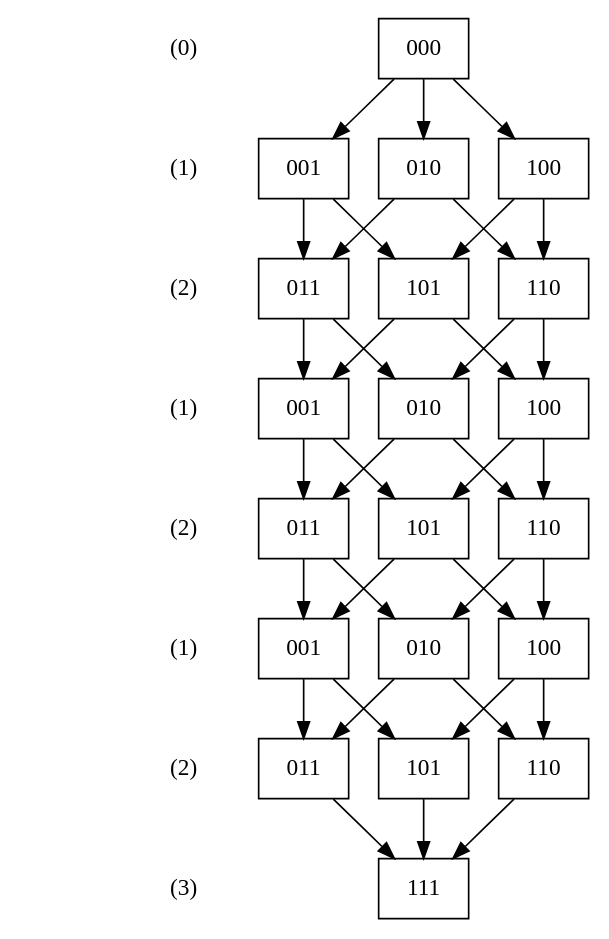
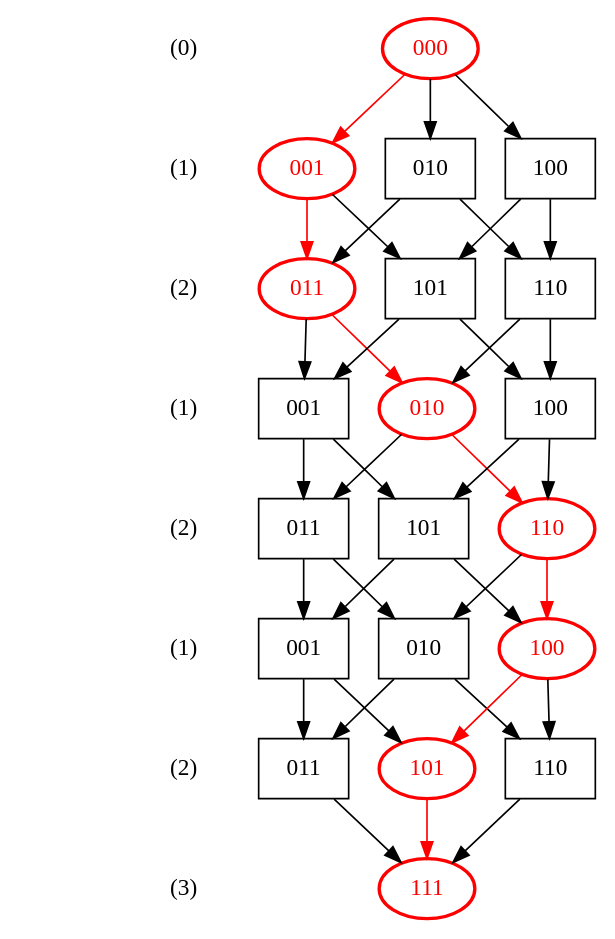
Before and after one commit to jloughry/subset: the diagram in optimal_3.dot, drawn with Graphviz. The commit also changed 8 other files, not shown here.

```diff
--- a/optimal_3.dot
+++ b/optimal_3.dot
@@ -1,118 +1,109 @@
 /*
     dot -T pdf optimal_3.dot -o optimal_3.pdf
 */
 
 digraph optimal_3 {
 
 	node [shape=plaintext]
 
 	/* ranks */
 
 	"rank0" [label="0"]
 	"rank1" [label="1"]
 	"rank2" [label="2"]
 	"rank3" [label="3"]
 	"rank4" [label="4"]
 	"rank5" [label="5"]
 	"rank6" [label="6"]
 	"rank7" [label="7"]
 
 	"size0" [label="(0)"]
 	"size1" [label="(1)"]
 	"size2" [label="(2)"]
 	"size3" [label="(1)"]
 	"size4" [label="(2)"]
 	"size5" [label="(1)"]
 	"size6" [label="(2)"]
 	"size7" [label="(3)"]
 
 	edge [style=invis]
 
 	"size0" -> "size1" -> "size2" -> "size3" -> "size4"
 		-> "size5" -> "size6" -> "size7"
 
 	edge [style=solid]
 	node [shape=box]
 
 	{rank=same; "rank0" [style=invis];
-		000
+		000 [shape=ellipse,color=red,style=bold,fontcolor=red]
 	}
 
 	{rank=same; "rank1" [style=invis];
-		001
+		001 [shape=ellipse,color=red,style=bold,fontcolor=red]
 		010
 		100
 	}
 
-	000->001; 000->010; 000->100;
+	000->001 [color=red]; 000->010; 000->100;
 
 	{rank=same; "rank2" [style=invis];
-		011
+		011 [shape=ellipse,color=red,style=bold,fontcolor=red]
 		101
 		011
 		110
 		101
 		110
 	}
 
-	001->011; 001->101;
+	001->011 [color=red]; 001->101;
 	010->011; 010->110;
 	100->101; 100->110;
 
 	{rank=same; "rank3" [style=invis];
 		"001a" [label="001"];
-		"010a" [label="010"];
+		"010a" [label="010",shape=ellipse,color=red,style=bold,fontcolor=red];
 		"100a" [label="100"]
 	}
 
-	011->"001a"; 011->"010a";
+	011->"001a"; 011->"010a" [color=red];
 	110->"010a"; 110->"100a";
 	101->"100a"; 101->"001a";
 
 	{rank=same; "rank4" [style=invis];
 		"101b" [label="101"];
 		"011b" [label="011"];
-		"110b" [label="110"];
-		"011b" [label="011"];
-		"110b" [label="110"];
-		"101b" [label="101"];
+		"110b" [label="110",shape=ellipse,color=red,style=bold,fontcolor=red];
 	}
 
 	"001a"->"101b"; "001a"->"011b";
-	"010a"->"110b"; "010a"->"011b";
+	"010a"->"110b" [color=red]; "010a"->"011b";
 	"100a"->"101b"; "100a"->"110b";
 
 	{rank=same; "rank5" [style=invis]
 		"001c" [label="001"];
 		"010c" [label="010"];
-		"001c" [label="001"];
-		"100c" [label="100"];
-		"010c" [label="010"];
-		"100c" [label="100"];
+		"100c" [label="100",shape=ellipse,color=red,style=bold,fontcolor=red];
 	}
 
 	"011b"->"001c"; "011b"->"010c";
 	"101b"->"001c"; "101b"->"100c";
-	"110b"->"010c"; "110b"->"100c";
+	"110b"->"010c"; "110b"->"100c" [color=red];
 
 	{rank=same; "rank6" [style=invis];
-		"101d" [label="101"];
+		"101d" [label="101",shape=ellipse,color=red,style=bold,fontcolor=red];
 		"011d" [label="011"];
 		"110d" [label="110"];
-		"011d" [label="011"];
-		"110d" [label="110"];
-		"101d" [label="101"];
 	}
 
 	"001c"->"101d"; "001c"->"011d";
 	"010c"->"110d"; "010c"->"011d";
-	"100c"->"110d"; "100c"->"101d";
+	"100c"->"110d"; "100c"->"101d" [color=red];
 
 	{rank=same; "rank7" [style=invis];
-		111
+		111 [shape=ellipse,color=red,style=bold,fontcolor=red];
 	}
 
-	"101d"->111;
+	"101d"->111 [color=red];
 	"011d"->111;
 	"110d"->111;
 }
```
